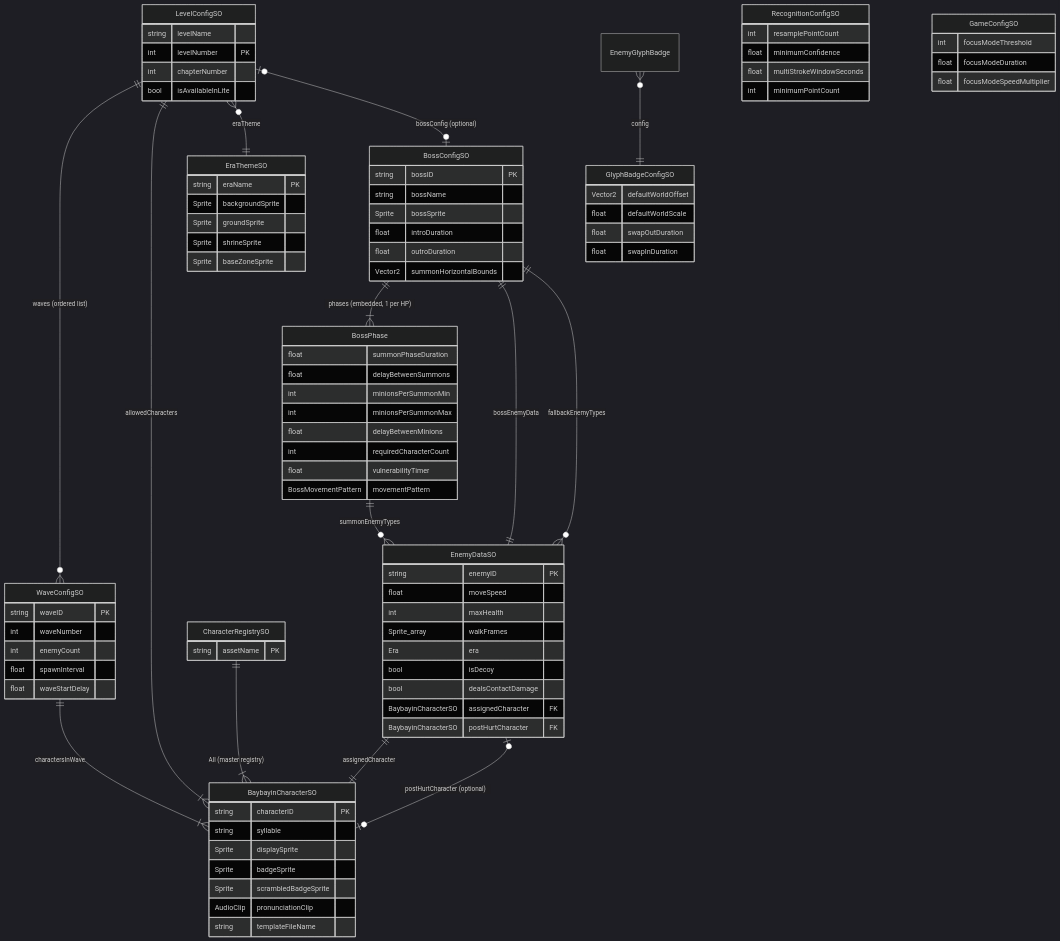
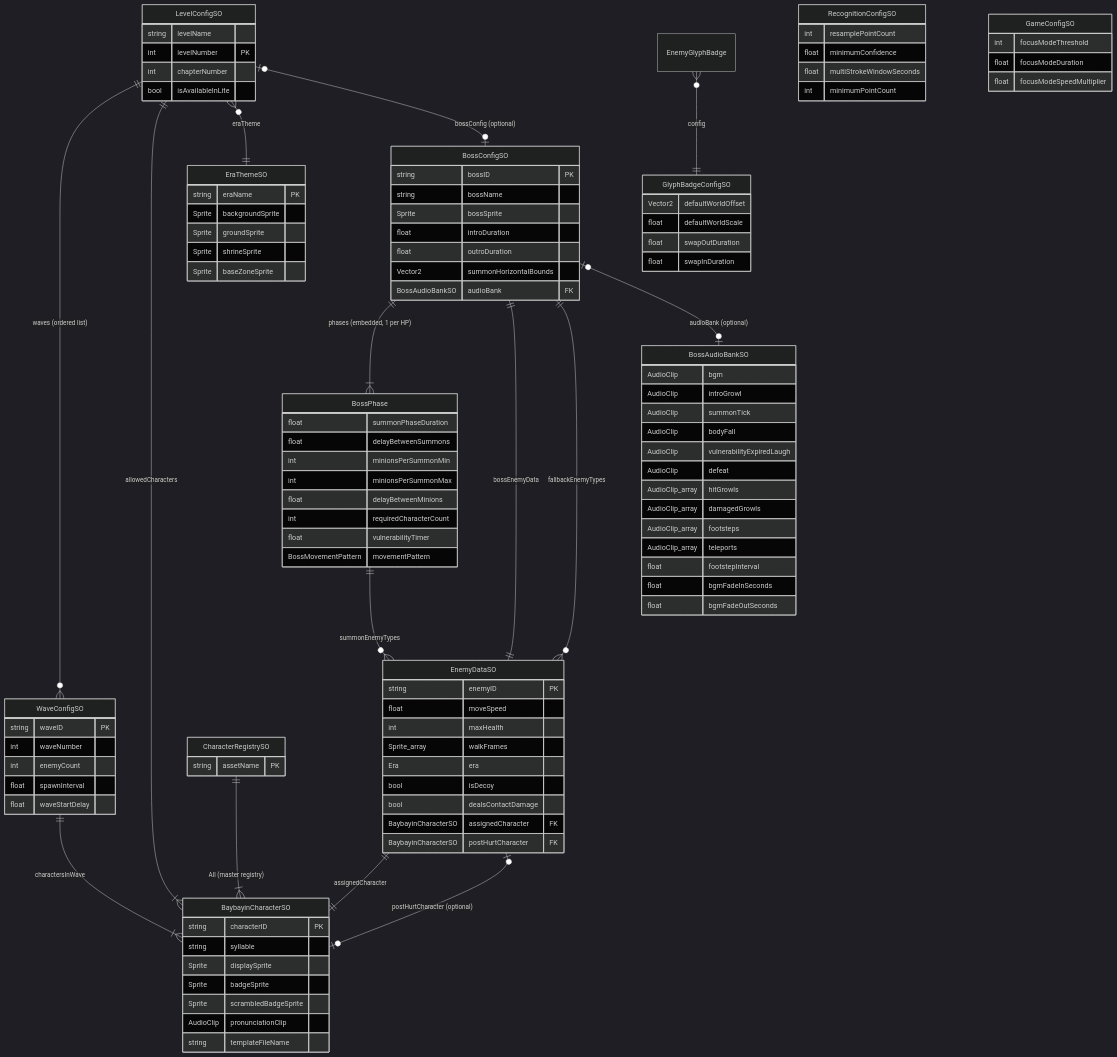
The first of 5 diagrams in docs/capstone/SystemDiagrams.md (chdean-09/salinlahi), drawn with Mermaid (dark theme) before and after one commit. The commit also changed other lines of this file and 5 other files, not shown here.

Commit message:
docs: SALIN-98 sync architectural docs for boss SFX and BGM

```diff
--- a/docs/capstone/SystemDiagrams.md
+++ b/docs/capstone/SystemDiagrams.md
@@ -39,6 +39,7 @@
     BossConfigSO ||--|{ BossPhase : "phases (embedded, 1 per HP)"
     BossConfigSO ||--|| EnemyDataSO : "bossEnemyData"
     BossConfigSO ||--o{ EnemyDataSO : "fallbackEnemyTypes"
+    BossConfigSO |o--o| BossAudioBankSO : "audioBank (optional)"
 
     BossPhase ||--o{ EnemyDataSO : "summonEnemyTypes"
 
@@ -97,6 +98,23 @@
         float introDuration
         float outroDuration
         Vector2 summonHorizontalBounds
+        BossAudioBankSO audioBank FK
+    }
+
+    BossAudioBankSO {
+        AudioClip bgm
+        AudioClip introGrowl
+        AudioClip summonTick
+        AudioClip bodyFall
+        AudioClip vulnerabilityExpiredLaugh
+        AudioClip defeat
+        AudioClip_array hitGrowls
+        AudioClip_array damagedGrowls
+        AudioClip_array footsteps
+        AudioClip_array teleports
+        float footstepInterval
+        float bgmFadeInSeconds
+        float bgmFadeOutSeconds
     }
 
     BossPhase {
```
